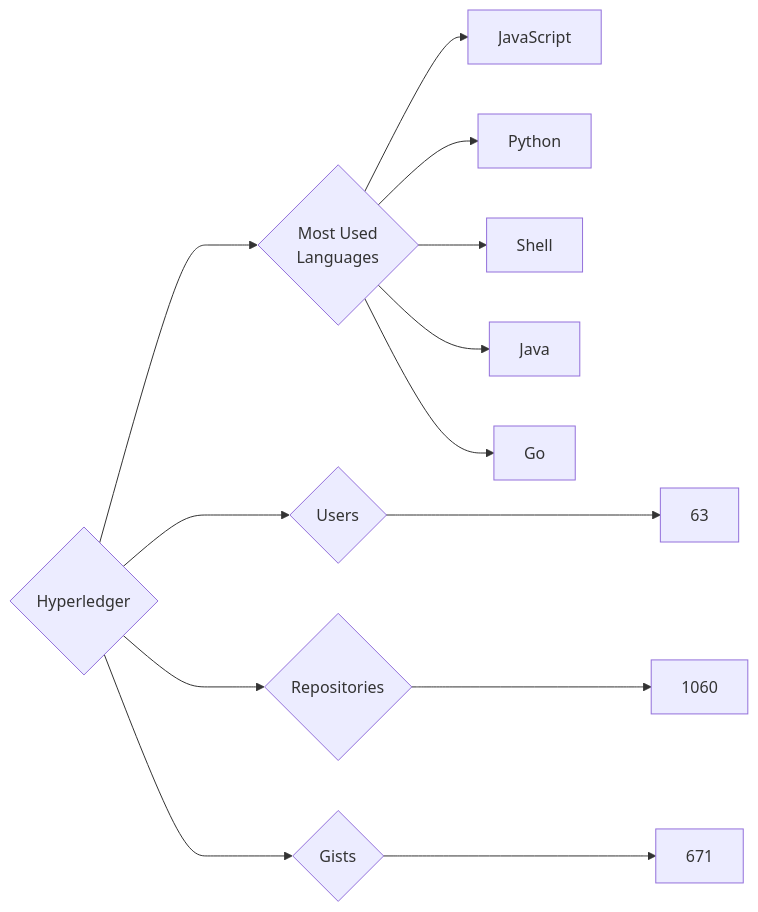
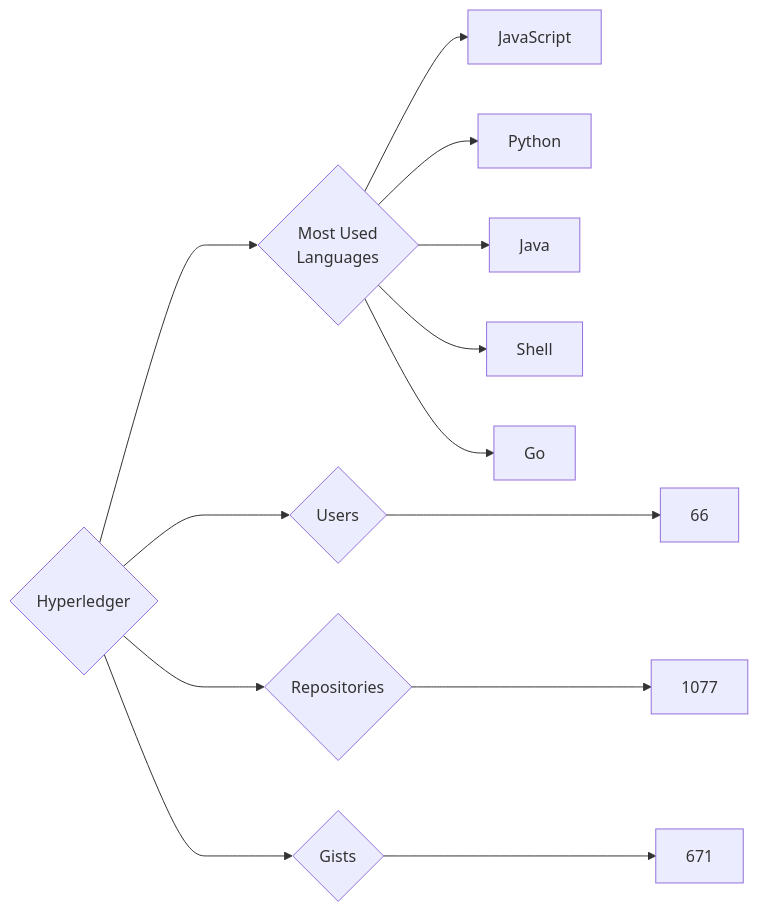
The diagram in targets/Hyperledger/README.md (trickest/insiders), drawn with Mermaid before and after one commit. The commit also changed 899 other files, not shown here.

````diff
--- a/targets/Hyperledger/README.md
+++ b/targets/Hyperledger/README.md
@@ -3,13 +3,13 @@
 ```mermaid
 graph LR
 COMPANY_NAME{Hyperledger}
-COMPANY_NAME ---> U{Users} ---> UN[63]
-COMPANY_NAME ---> R{Repositories} ---> RN[1060]
+COMPANY_NAME ---> U{Users} ---> UN[66]
+COMPANY_NAME ---> R{Repositories} ---> RN[1077]
 COMPANY_NAME ---> G{Gists} ---> GN[671]
 COMPANY_NAME ---> ML{Most Used<br>Languages}
 ML --> JavaScript[JavaScript]
 ML --> Python[Python]
+ML --> Java[Java]
 ML --> Shell[Shell]
-ML --> Java[Java]
 ML --> Go[Go]
 ```
````
